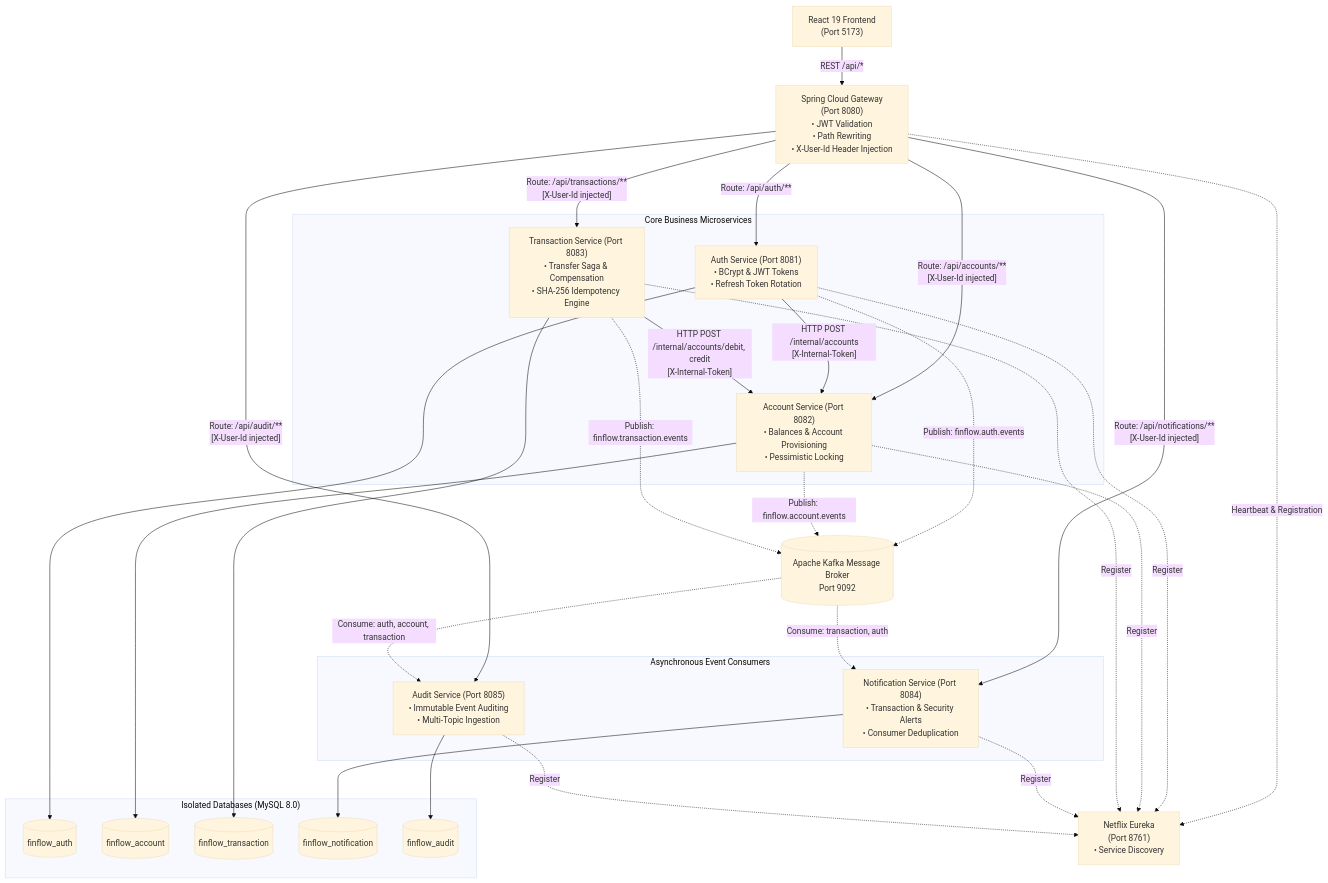
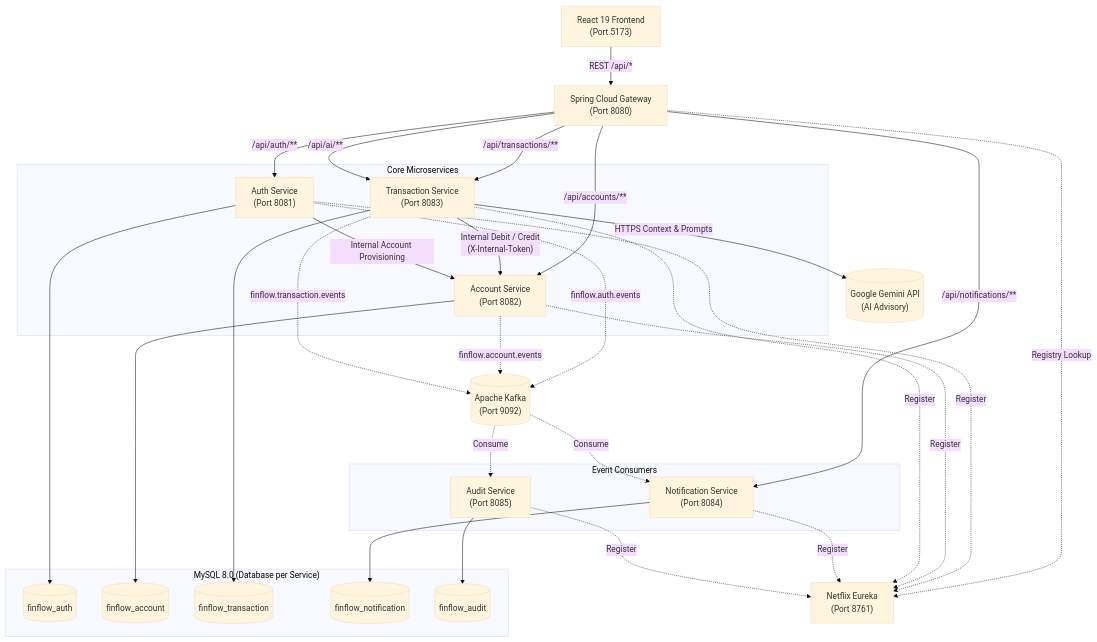
Before and after one commit to Gaurav30d/FinFlow: the diagram in README.md, drawn with Mermaid (base theme). The commit also changed other lines of this file, not shown here.

````diff
--- a/README.md
+++ b/README.md
@@ -103,61 +51,66 @@
 ```mermaid
 flowchart TB
     Client["React 19 Frontend<br/>(Port 5173)"]
-    Gateway["Spring Cloud Gateway<br/>(Port 8080)<br/>• JWT Validation<br/>• Path Rewriting<br/>• X-User-Id Header Injection"]
-    Eureka["Netflix Eureka<br/>(Port 8761)<br/>• Service Discovery"]
+    Gateway["Spring Cloud Gateway<br/>(Port 8080)"]
+    Eureka["Netflix Eureka<br/>(Port 8761)"]
 
-    subgraph CoreServices ["Core Business Microservices"]
-        AuthSvc["Auth Service (Port 8081)<br/>• BCrypt & JWT Tokens<br/>• Refresh Token Rotation"]
-        AccountSvc["Account Service (Port 8082)<br/>• Balances & Account Provisioning<br/>• Pessimistic Locking"]
-        TxnSvc["Transaction Service (Port 8083)<br/>• Transfer Saga & Compensation<br/>• SHA-256 Idempotency Engine"]
+    subgraph CoreServices ["Core Microservices"]
+        AuthSvc["Auth Service<br/>(Port 8081)"]
+        AccountSvc["Account Service<br/>(Port 8082)"]
+        TxnSvc["Transaction Service<br/>(Port 8083)"]
     end
 
-    subgraph EventConsumers ["Asynchronous Event Consumers"]
-        NotifSvc["Notification Service (Port 8084)<br/>• Transaction & Security Alerts<br/>• Consumer Deduplication"]
-        AuditSvc["Audit Service (Port 8085)<br/>• Immutable Event Auditing<br/>• Multi-Topic Ingestion"]
+    subgraph EventConsumers ["Event Consumers"]
+        NotifSvc["Notification Service<br/>(Port 8084)"]
+        AuditSvc["Audit Service<br/>(Port 8085)"]
     end
 
-    Kafka[("Apache Kafka Message Broker<br/>Port 9092")]
+    Kafka[("Apache Kafka<br/>(Port 9092)")]
+    Gemini[("Google Gemini API<br/>(AI Advisory)")]
 
-    subgraph DatabaseLayer ["Isolated Databases (MySQL 8.0)"]
+    subgraph Databases ["MySQL 8.0 (Database per Service)"]
         DB_Auth[("finflow_auth")]
         DB_Account[("finflow_account")]
         DB_Txn[("finflow_transaction")]
         DB_Notif[("finflow_notification")]
         DB_Audit[("finflow_audit")]
     end
 
-    %% Client and Gateway Routing
+    %% Client and Gateway
     Client -->|"REST /api/*"| Gateway
-    Gateway -.->|"Heartbeat & Registration"| Eureka
+    Gateway -.->|"Registry Lookup"| Eureka
     AuthSvc -.->|"Register"| Eureka
     AccountSvc -.->|"Register"| Eureka
     TxnSvc -.->|"Register"| Eureka
     NotifSvc -.->|"Register"| Eureka
     AuditSvc -.->|"Register"| Eureka
 
-    Gateway -->|"Route: /api/auth/**"| AuthSvc
-    Gateway -->|"Route: /api/accounts/**<br/>[X-User-Id injected]"| AccountSvc
-    Gateway -->|"Route: /api/transactions/**<br/>[X-User-Id injected]"| TxnSvc
-    Gateway -->|"Route: /api/notifications/**<br/>[X-User-Id injected]"| NotifSvc
-    Gateway -->|"Route: /api/audit/**<br/>[X-User-Id injected]"| AuditSvc
+    %% Gateway Routing
+    Gateway -->|"/api/auth/**"| AuthSvc
+    Gateway -->|"/api/accounts/**"| AccountSvc
+    Gateway -->|"/api/transactions/**"| TxnSvc
+    Gateway -->|"/api/ai/**"| TxnSvc
+    Gateway -->|"/api/notifications/**"| NotifSvc
 
-    %% Service to Service Synchronous
-    AuthSvc -->|"HTTP POST /internal/accounts<br/>[X-Internal-Token]"| AccountSvc
-    TxnSvc -->|"HTTP POST /internal/accounts/debit, credit<br/>[X-Internal-Token]"| AccountSvc
+    %% Internal Sync
+    TxnSvc -->|"Internal Debit / Credit<br/>(X-Internal-Token)"| AccountSvc
+    AuthSvc -->|"Internal Account Provisioning"| AccountSvc
 
-    %% Database Connections
+    %% AI Integration
+    TxnSvc -->|"HTTPS Context & Prompts"| Gemini
+
+    %% Databases
     AuthSvc --> DB_Auth
     AccountSvc --> DB_Account
     TxnSvc --> DB_Txn
     NotifSvc --> DB_Notif
     AuditSvc --> DB_Audit
 
     %% Kafka Events
-    AuthSvc -.->|"Publish: finflow.auth.events"| Kafka
-    AccountSvc -.->|"Publish: finflow.account.events"| Kafka
-    TxnSvc -.->|"Publish: finflow.transaction.events"| Kafka
+    AuthSvc -.->|"finflow.auth.events"| Kafka
+    AccountSvc -.->|"finflow.account.events"| Kafka
+    TxnSvc -.->|"finflow.transaction.events"| Kafka
 
-    Kafka -.->|"Consume: transaction, auth"| NotifSvc
-    Kafka -.->|"Consume: auth, account, transaction"| AuditSvc
+    Kafka -.->|"Consume"| NotifSvc
+    Kafka -.->|"Consume"| AuditSvc
 ```
````
